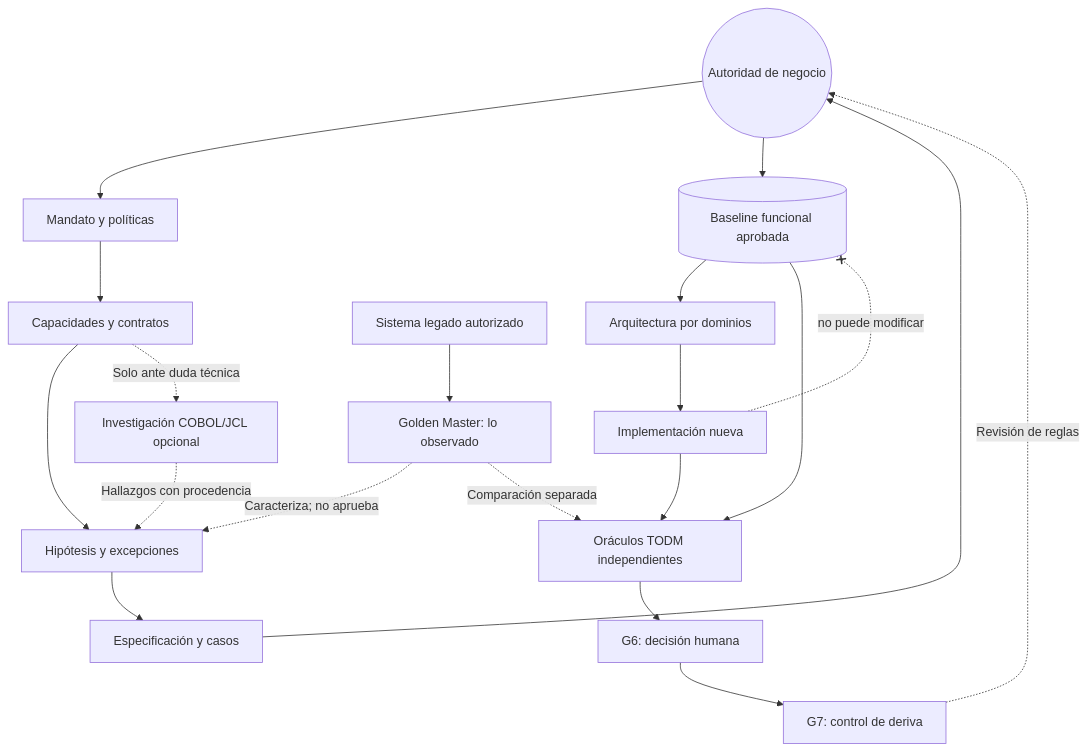
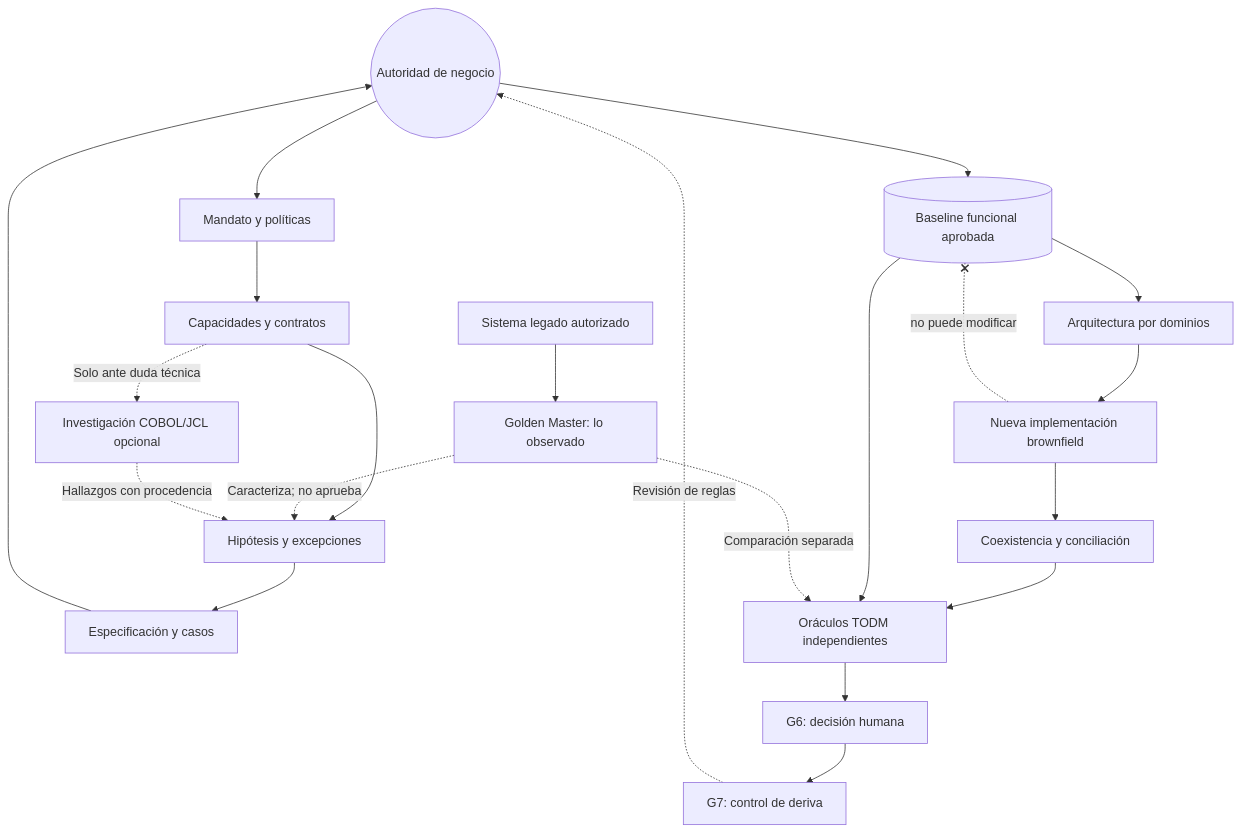
The diagram in book/figures/src/es/agent_chain.mmd (jmfloreszazo/de-la-caja-negra-a-la-evidencia), drawn with Mermaid before and after one commit.

Commit message:
book(#54): depict brownfield replacement, coexistence and independent TODM gates

```diff
--- a/book/figures/src/es/agent_chain.mmd
+++ b/book/figures/src/es/agent_chain.mmd
@@ -1,20 +1,21 @@
 flowchart TB
   owner(("Autoridad de negocio")) --> scope["Mandato y políticas"]
   scope --> inv["Capacidades y contratos"]
   legacy["Sistema legado autorizado"] --> obs["Golden Master: lo observado"]
   inv --> rules["Hipótesis y excepciones"]
   obs -. "Caracteriza; no aprueba" .-> rules
   inv -. "Solo ante duda técnica" .-> parse["Investigación COBOL/JCL opcional"]
   parse -. "Hallazgos con procedencia" .-> rules
   rules --> spec["Especificación y casos"]
   spec --> owner
   owner --> base[("Baseline funcional aprobada")]
   base --> arch["Arquitectura por dominios"]
-  arch --> build["Implementación nueva"]
-  build --> ver["Oráculos TODM independientes"]
+  arch --> build["Nueva implementación brownfield"]
+  build --> transition["Coexistencia y conciliación"]
+  transition --> ver["Oráculos TODM independientes"]
   base --> ver
   obs -. "Comparación separada" .-> ver
   ver --> release["G6: decisión humana"]
   release --> drift["G7: control de deriva"]
   drift -. "Revisión de reglas" .-> owner
   build -. "no puede modificar" .-x base
```
